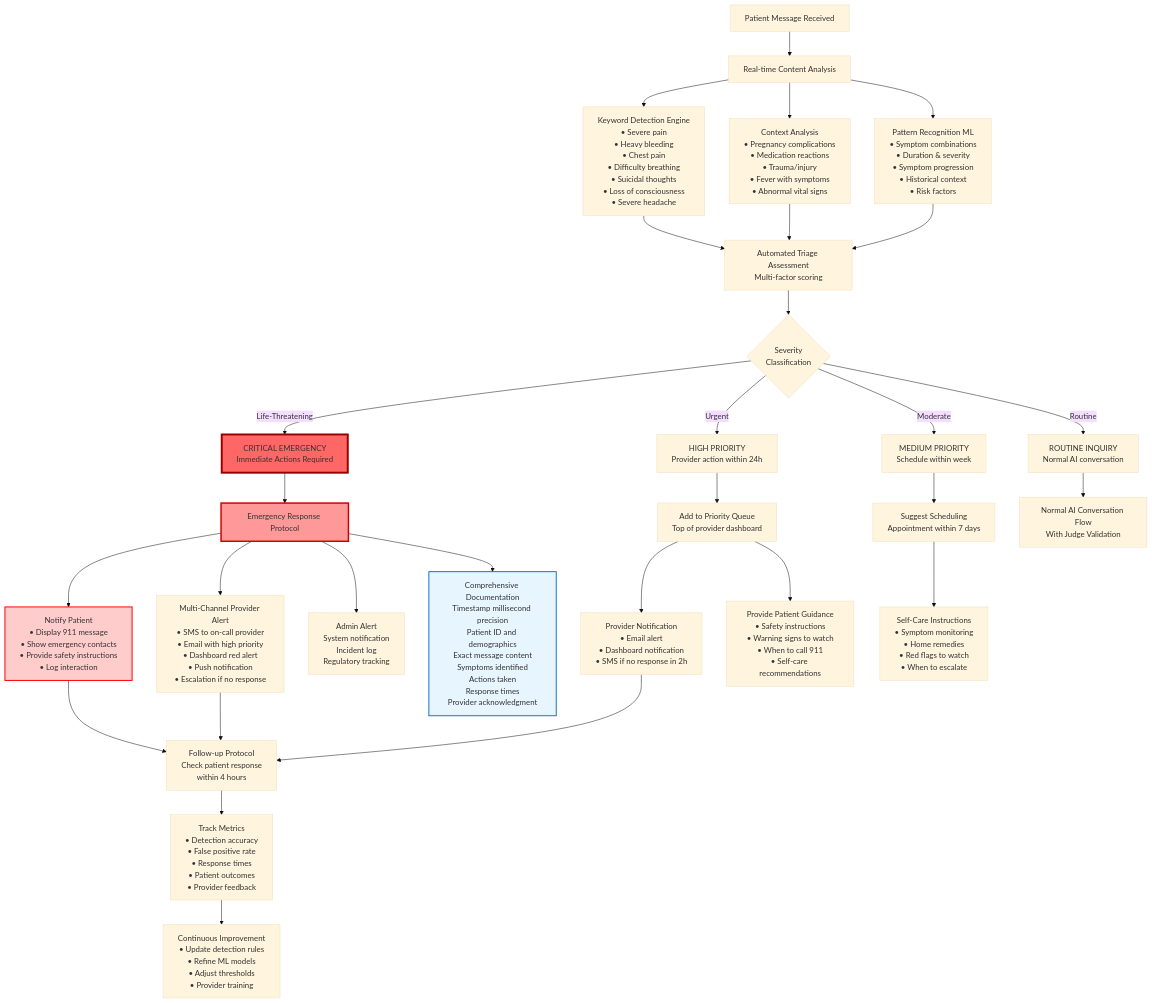
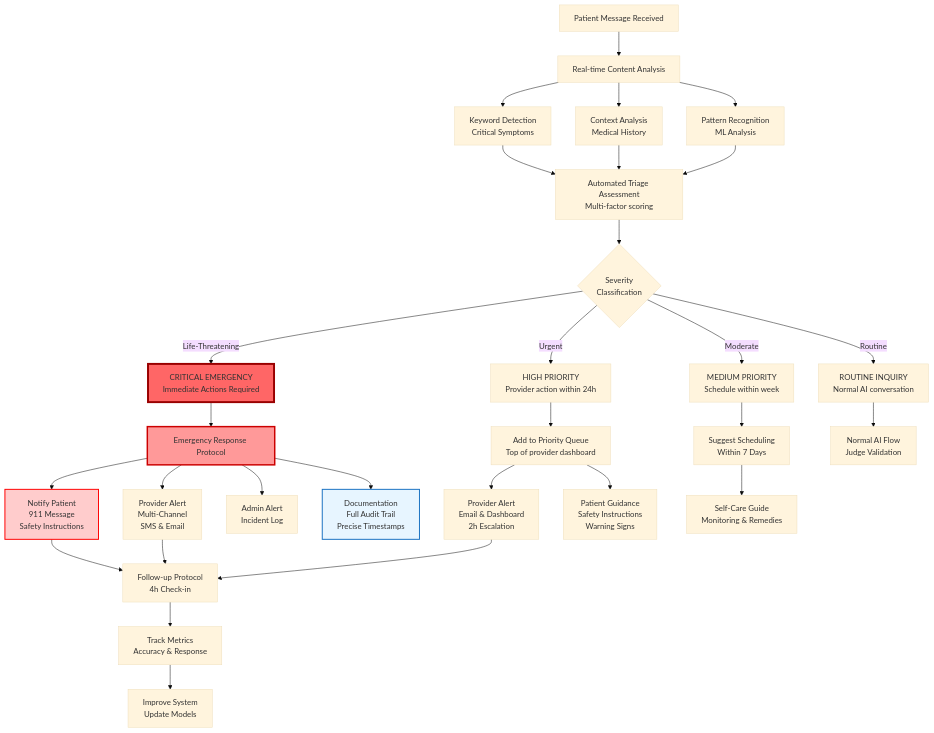
One commit to gauravpandeydigilantern/ZIA changed diagram 15 of 16 in README.md. Above: the diagram before and after it, drawn with Mermaid (base theme). The commit also changed other lines of this file, not shown here.

````diff
--- a/README.md
+++ b/README.md
@@ -1532,56 +1518,56 @@
 ```mermaid
 graph TB
     MESSAGE[Patient Message Received] --> ANALYZE[Real-time Content Analysis]
     
-    ANALYZE --> KEYWORDS[Keyword Detection Engine<br/>• Severe pain<br/>• Heavy bleeding<br/>• Chest pain<br/>• Difficulty breathing<br/>• Suicidal thoughts<br/>• Loss of consciousness<br/>• Severe headache]
+    ANALYZE --> KEYWORDS[Keyword Detection<br/>Critical Symptoms]
     
-    ANALYZE --> CONTEXT[Context Analysis<br/>• Pregnancy complications<br/>• Medication reactions<br/>• Trauma/injury<br/>• Fever with symptoms<br/>• Abnormal vital signs]
+    ANALYZE --> CONTEXT[Context Analysis<br/>Medical History]
     
-    ANALYZE --> PATTERNS[Pattern Recognition ML<br/>• Symptom combinations<br/>• Duration & severity<br/>• Symptom progression<br/>• Historical context<br/>• Risk factors]
+    ANALYZE --> PATTERNS[Pattern Recognition<br/>ML Analysis]
     
     KEYWORDS --> TRIAGE[Automated Triage Assessment<br/>Multi-factor scoring]
     CONTEXT --> TRIAGE
     PATTERNS --> TRIAGE
     
     TRIAGE --> SEVERITY{Severity<br/>Classification}
     
     SEVERITY -->|Life-Threatening| CRITICAL[CRITICAL EMERGENCY<br/>Immediate Actions Required]
     SEVERITY -->|Urgent| HIGH[HIGH PRIORITY<br/>Provider action within 24h]
     SEVERITY -->|Moderate| MEDIUM[MEDIUM PRIORITY<br/>Schedule within week]
     SEVERITY -->|Routine| ROUTINE[ROUTINE INQUIRY<br/>Normal AI conversation]
     
     CRITICAL --> EMERGENCY[Emergency Response Protocol]
     
-    EMERGENCY --> PATNOTIFY[Notify Patient<br/>• Display 911 message<br/>• Show emergency contacts<br/>• Provide safety instructions<br/>• Log interaction]
+    EMERGENCY --> PATNOTIFY[Notify Patient<br/>911 Message<br/>Safety Instructions]
     
-    EMERGENCY --> PROVNOTIFY[Multi-Channel Provider Alert<br/>• SMS to on-call provider<br/>• Email with high priority<br/>• Dashboard red alert<br/>• Push notification<br/>• Escalation if no response]
+    EMERGENCY --> PROVNOTIFY[Provider Alert<br/>Multi-Channel<br/>SMS & Email]
     
-    EMERGENCY --> ADMINNOTIFY[Admin Alert<br/>System notification<br/>Incident log<br/>Regulatory tracking]
+    EMERGENCY --> ADMINNOTIFY[Admin Alert<br/>Incident Log]
     
-    EMERGENCY --> DOCLOG[Comprehensive Documentation<br/>Timestamp millisecond precision<br/>Patient ID and demographics<br/>Exact message content<br/>Symptoms identified<br/>Actions taken<br/>Response times<br/>Provider acknowledgment]
+    EMERGENCY --> DOCLOG[Documentation<br/>Full Audit Trail<br/>Precise Timestamps]
     
     HIGH --> PRIORITY[Add to Priority Queue<br/>Top of provider dashboard]
     
-    PRIORITY --> HIGHNOTIFY[Provider Notification<br/>• Email alert<br/>• Dashboard notification<br/>• SMS if no response in 2h]
+    PRIORITY --> HIGHNOTIFY[Provider Alert<br/>Email & Dashboard<br/>2h Escalation]
     
-    PRIORITY --> GUIDANCE[Provide Patient Guidance<br/>• Safety instructions<br/>• Warning signs to watch<br/>• When to call 911<br/>• Self-care recommendations]
+    PRIORITY --> GUIDANCE[Patient Guidance<br/>Safety Instructions<br/>Warning Signs]
     
-    MEDIUM --> SCHEDULE[Suggest Scheduling<br/>Appointment within 7 days]
+    MEDIUM --> SCHEDULE[Suggest Scheduling<br/>Within 7 Days]
     
-    SCHEDULE --> SELFCARE[Self-Care Instructions<br/>• Symptom monitoring<br/>• Home remedies<br/>• Red flags to watch<br/>• When to escalate]
+    SCHEDULE --> SELFCARE[Self-Care Guide<br/>Monitoring & Remedies]
     
-    ROUTINE --> CONTINUE[Normal AI Conversation Flow<br/>With Judge Validation]
+    ROUTINE --> CONTINUE[Normal AI Flow<br/>Judge Validation]
     
-    PATNOTIFY --> FOLLOWUP[Follow-up Protocol<br/>Check patient response<br/>within 4 hours]
+    PATNOTIFY --> FOLLOWUP[Follow-up Protocol<br/>4h Check-in]
     PROVNOTIFY --> FOLLOWUP
     HIGHNOTIFY --> FOLLOWUP
     
-    FOLLOWUP --> METRICS[Track Metrics<br/>• Detection accuracy<br/>• False positive rate<br/>• Response times<br/>• Patient outcomes<br/>• Provider feedback]
+    FOLLOWUP --> METRICS[Track Metrics<br/>Accuracy & Response]
     
-    METRICS --> IMPROVE[Continuous Improvement<br/>• Update detection rules<br/>• Refine ML models<br/>• Adjust thresholds<br/>• Provider training]
+    METRICS --> IMPROVE[Improve System<br/>Update Models]
     
     style CRITICAL fill:#ff6666,stroke:#990000,stroke-width:4px
     style EMERGENCY fill:#ff9999,stroke:#cc0000,stroke-width:3px
     style PATNOTIFY fill:#ffcccc,stroke:#ff0000,stroke-width:2px
     style DOCLOG fill:#e7f5ff,stroke:#1971c2,stroke-width:2px
 ```
````
